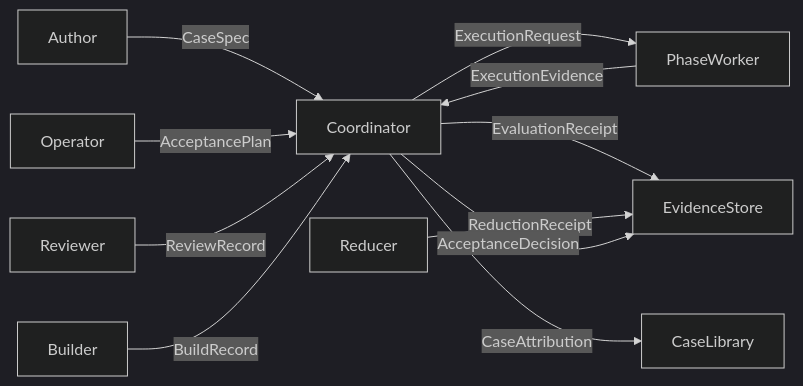
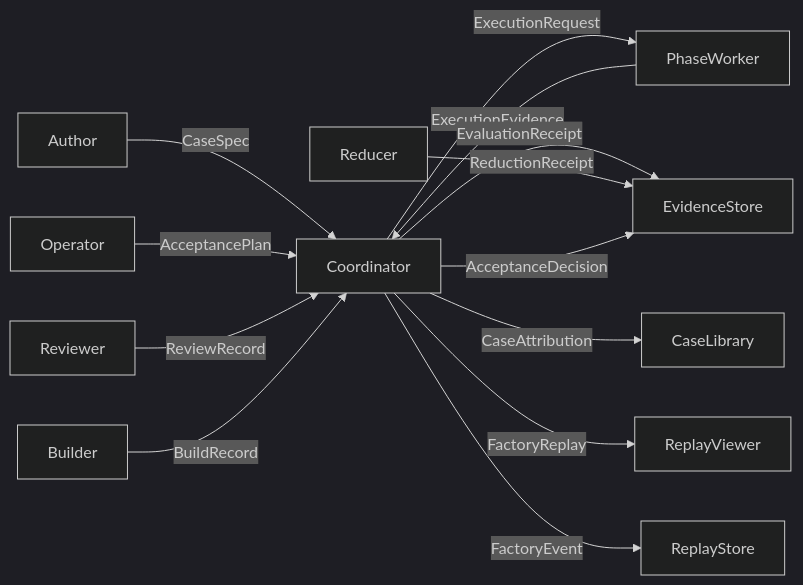
One commit to Metta-AI/coworld-mtg changed the diagram in docs/contracts/architecture.mmd. Above: the diagram before and after it, drawn with Mermaid (dark theme). The commit also changed 8 other files, not shown here.

Commit message:
Add portable factory replay contracts and provenance validation

```diff
--- a/docs/contracts/architecture.mmd
+++ b/docs/contracts/architecture.mmd
@@ -1,11 +1,13 @@
 flowchart LR
     Author -->|CaseSpec| Coordinator
     Coordinator -->|ExecutionRequest| PhaseWorker
     PhaseWorker -->|ExecutionEvidence| Coordinator
     Coordinator -->|EvaluationReceipt| EvidenceStore
     Reducer -->|ReductionReceipt| EvidenceStore
     Operator -->|AcceptancePlan| Coordinator
     Reviewer -->|ReviewRecord| Coordinator
     Coordinator -->|AcceptanceDecision| EvidenceStore
     Builder -->|BuildRecord| Coordinator
     Coordinator -->|CaseAttribution| CaseLibrary
+    Coordinator -->|FactoryReplay| ReplayViewer
+    Coordinator -->|FactoryEvent| ReplayStore
```
